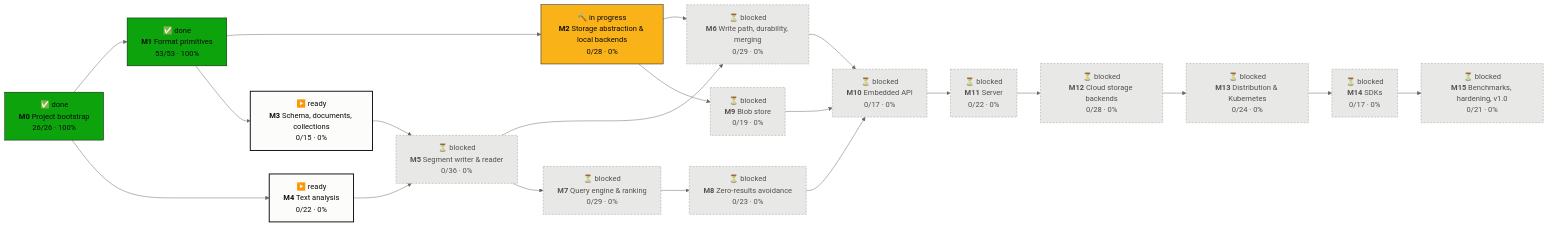
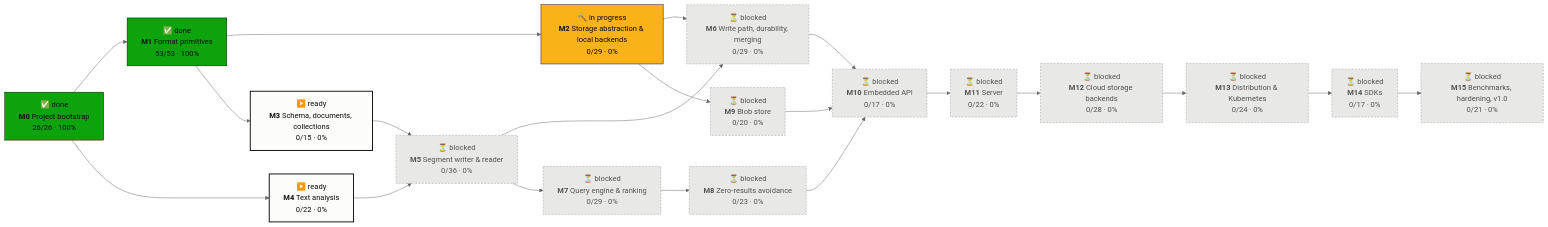
One commit to tomiok/persiaDB changed the first of 2 diagrams in PROGRESS.md. Above: the diagram before and after it, drawn with Mermaid (neutral theme). The commit also changed other lines of this file and 10 other files, not shown here.

````diff
--- a/PROGRESS.md
+++ b/PROGRESS.md
@@ -14,42 +14,42 @@
 ```mermaid
 flowchart LR
   M0["✅ done<br/><b>M0</b> Project bootstrap<br/>26/26 · 100%"]:::done
   M1["✅ done<br/><b>M1</b> Format primitives<br/>53/53 · 100%"]:::done
-  M2["🔨 in progress<br/><b>M2</b> Storage abstraction & local backends<br/>0/28 · 0%"]:::doing
+  M2["🔨 in progress<br/><b>M2</b> Storage abstraction & local backends<br/>0/29 · 0%"]:::doing
   M3["▶️ ready<br/><b>M3</b> Schema, documents, collections<br/>0/15 · 0%"]:::ready
   M4["▶️ ready<br/><b>M4</b> Text analysis<br/>0/22 · 0%"]:::ready
   M5["⏳ blocked<br/><b>M5</b> Segment writer & reader<br/>0/36 · 0%"]:::blocked
   M6["⏳ blocked<br/><b>M6</b> Write path, durability, merging<br/>0/29 · 0%"]:::blocked
   M7["⏳ blocked<br/><b>M7</b> Query engine & ranking<br/>0/29 · 0%"]:::blocked
   M8["⏳ blocked<br/><b>M8</b> Zero-results avoidance<br/>0/23 · 0%"]:::blocked
-  M9["⏳ blocked<br/><b>M9</b> Blob store<br/>0/19 · 0%"]:::blocked
+  M9["⏳ blocked<br/><b>M9</b> Blob store<br/>0/20 · 0%"]:::blocked
   M10["⏳ blocked<br/><b>M10</b> Embedded API<br/>0/17 · 0%"]:::blocked
   M11["⏳ blocked<br/><b>M11</b> Server<br/>0/22 · 0%"]:::blocked
   M12["⏳ blocked<br/><b>M12</b> Cloud storage backends<br/>0/28 · 0%"]:::blocked
   M13["⏳ blocked<br/><b>M13</b> Distribution & Kubernetes<br/>0/24 · 0%"]:::blocked
   M14["⏳ blocked<br/><b>M14</b> SDKs<br/>0/17 · 0%"]:::blocked
   M15["⏳ blocked<br/><b>M15</b> Benchmarks, hardening, v1.0<br/>0/21 · 0%"]:::blocked
   M0 --> M1
   M1 --> M2
   M1 --> M3
   M0 --> M4
   M3 --> M5
   M4 --> M5
   M2 --> M6
   M5 --> M6
   M5 --> M7
   M7 --> M8
   M2 --> M9
   M6 --> M10
   M8 --> M10
   M9 --> M10
   M10 --> M11
   M11 --> M12
   M12 --> M13
   M13 --> M14
   M14 --> M15
   classDef done fill:#0ca30c,stroke:#0b0b0b,color:#0b0b0b
   classDef doing fill:#fab219,stroke:#0b0b0b,color:#0b0b0b
   classDef ready fill:#fcfcfb,stroke:#0b0b0b,stroke-width:2px,color:#0b0b0b
   classDef blocked fill:#e8e8e6,stroke:#9a9a96,stroke-dasharray:4 3,color:#52514e
 ```
````
